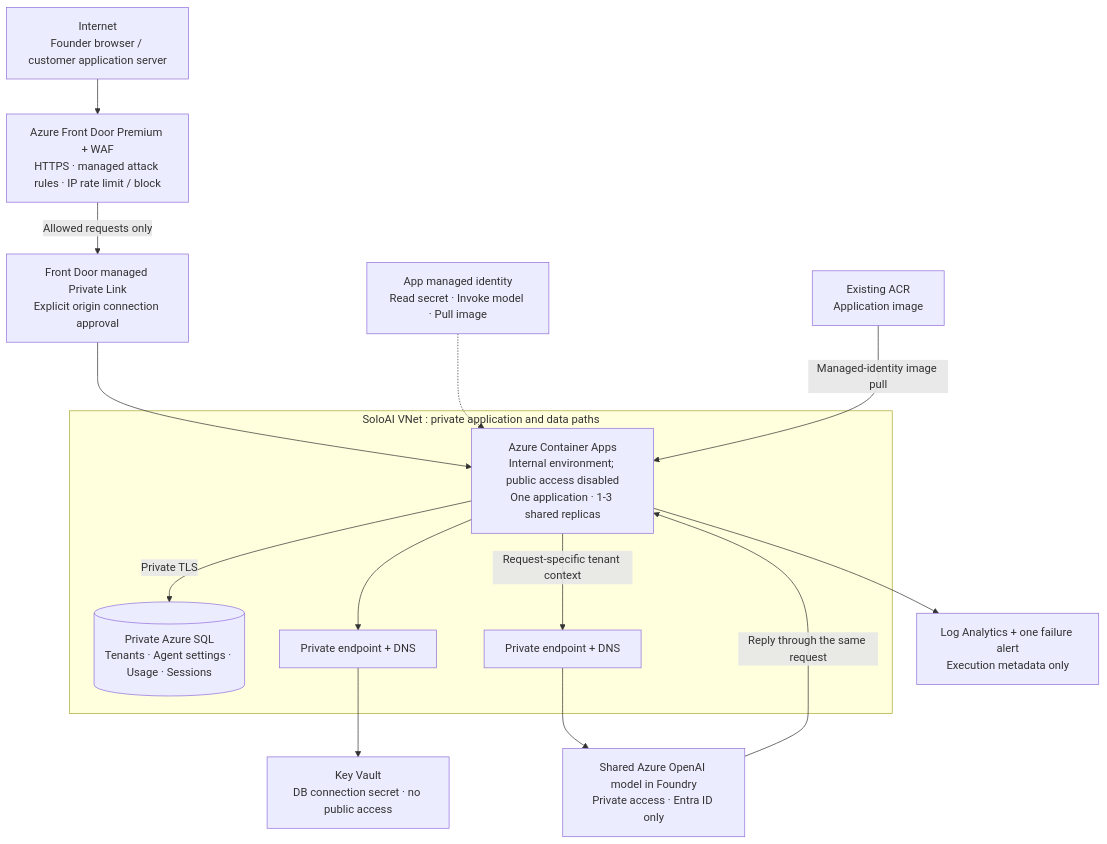
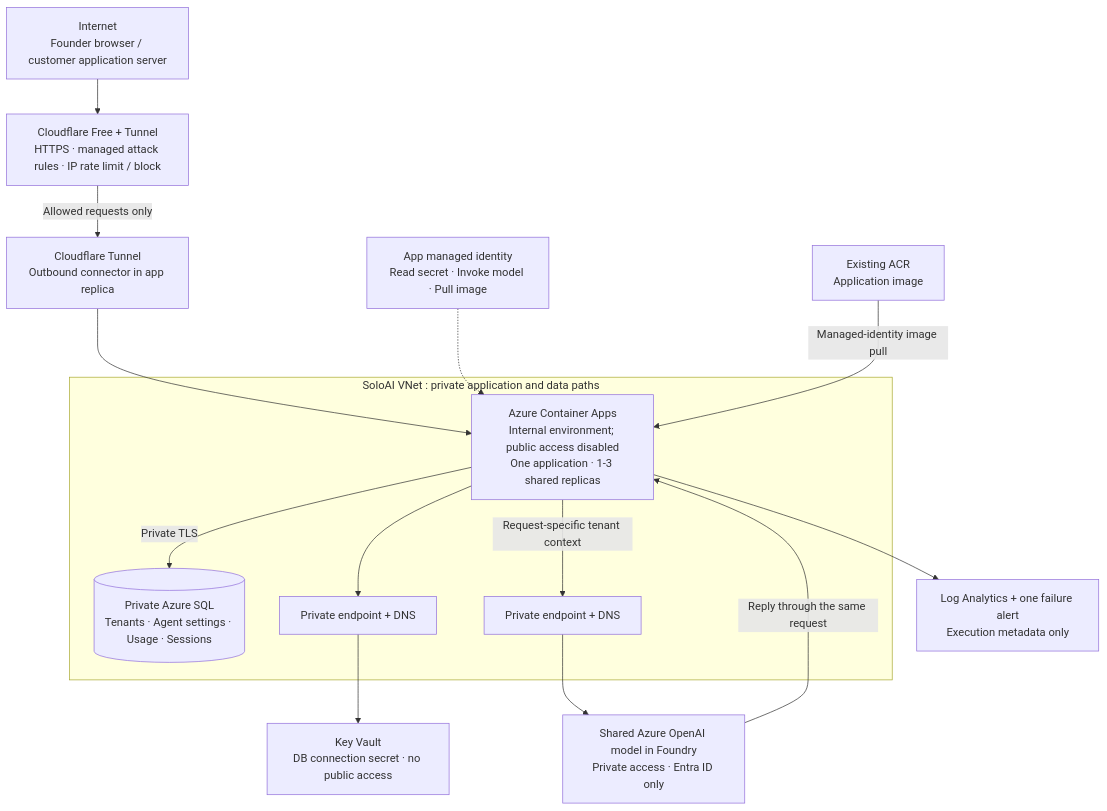
The first of 4 diagrams in docs/ARCHITECTURE.md (sumitsharma01/soloai), drawn with Mermaid before and after one commit. The commit also changed other lines of this file and 24 other files, not shown here.

Commit message:
Replace Front Door with Cloudflare Free tunnel edge

````diff
--- a/docs/ARCHITECTURE.md
+++ b/docs/ARCHITECTURE.md
@@ -7,30 +7,30 @@
 ```mermaid
 flowchart TB
     internet["Internet<br/>Founder browser / customer application server"]
-    edge["Azure Front Door Premium + WAF<br/>HTTPS · managed attack rules · IP rate limit / block"]
-    privateOrigin["Front Door managed Private Link<br/>Explicit origin connection approval"]
+    edge["Cloudflare Free + Tunnel<br/>HTTPS · managed attack rules · IP rate limit / block"]
+    privateOrigin["Cloudflare Tunnel<br/>Outbound connector in app replica"]
 
     subgraph vnet["SoloAI VNet :  private application and data paths"]
       app["Azure Container Apps<br/>Internal environment; public access disabled<br/>One application · 1-3 shared replicas"]
       db[("Private Azure SQL<br/>Tenants · Agent settings · Usage · Sessions")]
       vaultEndpoint["Private endpoint + DNS"]
       modelEndpoint["Private endpoint + DNS"]
     end
 
     vault["Key Vault<br/>DB connection secret · no public access"]
     model["Shared Azure OpenAI model in Foundry<br/>Private access · Entra ID only"]
     identity["App managed identity<br/>Read secret · Invoke model · Pull image"]
     acr["Existing ACR<br/>Application image"]
     monitor["Log Analytics + one failure alert<br/>Execution metadata only"]
 
     internet --> edge
     edge -->|"Allowed requests only"| privateOrigin
     privateOrigin --> app
     app -->|"Private TLS"| db
     app --> vaultEndpoint --> vault
     app -->|"Request-specific tenant context"| modelEndpoint --> model
     model -->|"Reply through the same request"| app
     identity -.-> app
     acr -->|"Managed-identity image pull"| app
     app --> monitor
 ```
````
